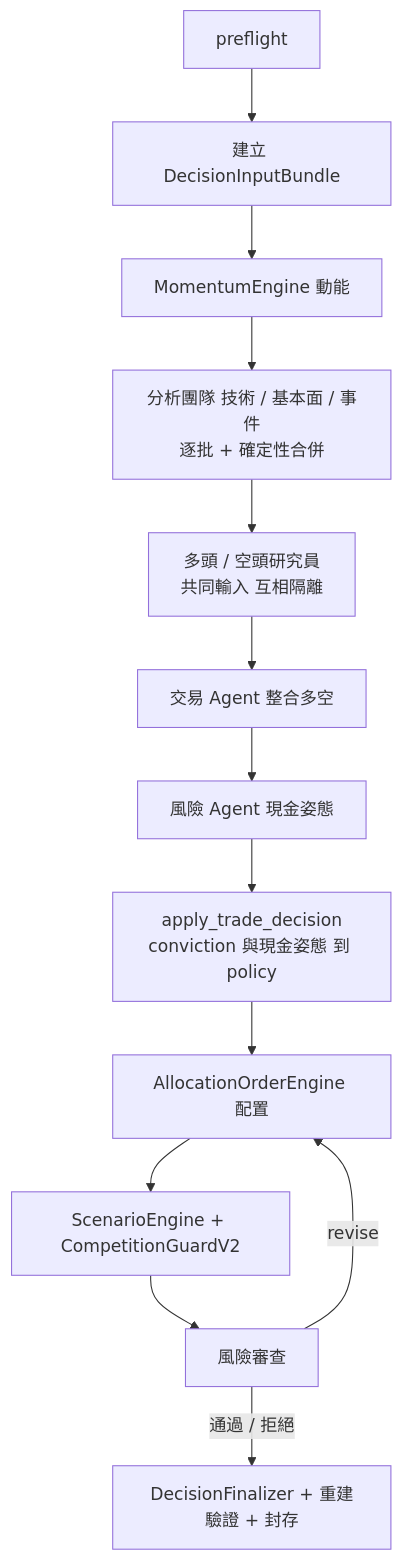
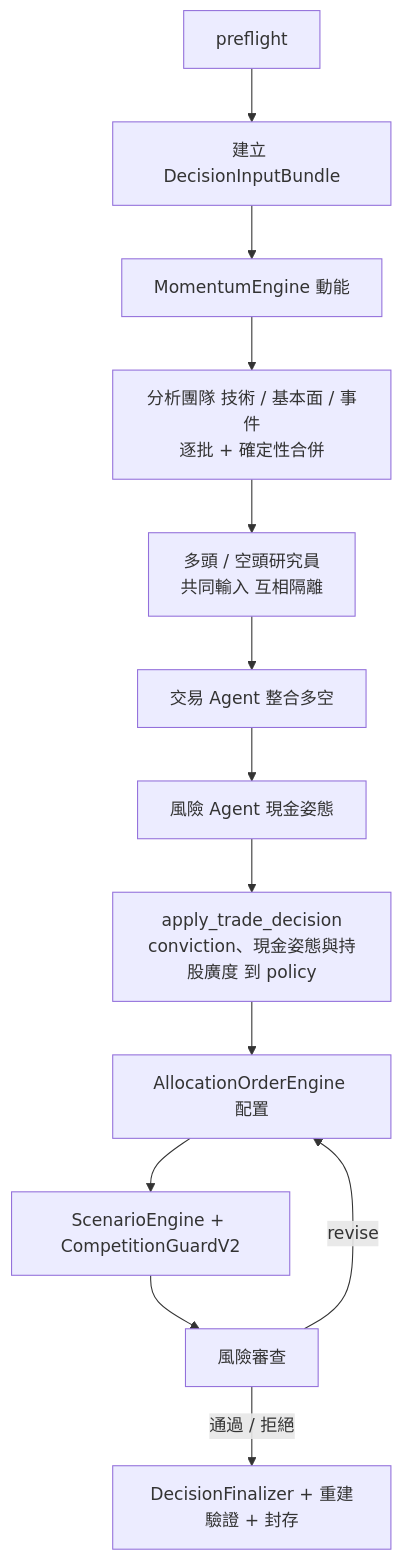
The diagram in src/etf_agent/automation/README.md (zxcvb8885123/ETF-AGENTS), drawn with Mermaid before and after one commit. The commit also changed other lines of this file and 22 other files, not shown here.

````diff
--- a/src/etf_agent/automation/README.md
+++ b/src/etf_agent/automation/README.md
@@ -27,15 +27,15 @@
 ```mermaid
 flowchart TD
     PF[preflight] --> IN[建立 DecisionInputBundle]
     IN --> MOM[MomentumEngine 動能]
     MOM --> AN[分析團隊 技術 / 基本面 / 事件<br/>逐批 + 確定性合併]
     AN --> RS[多頭 / 空頭研究員<br/>共同輸入 互相隔離]
     RS --> TR[交易 Agent 整合多空]
     TR --> CS[風險 Agent 現金姿態]
-    CS --> POL[apply_trade_decision<br/>conviction 與現金姿態 到 policy]
+    CS --> POL[apply_trade_decision<br/>conviction、現金姿態與持股廣度 到 policy]
     POL --> ALLOC[AllocationOrderEngine 配置]
     ALLOC --> SG[ScenarioEngine + CompetitionGuardV2]
     SG --> RV[風險審查]
     RV -- revise --> ALLOC
     RV -- 通過 / 拒絕 --> FIN[DecisionFinalizer + 重建驗證 + 封存]
 ```
````
